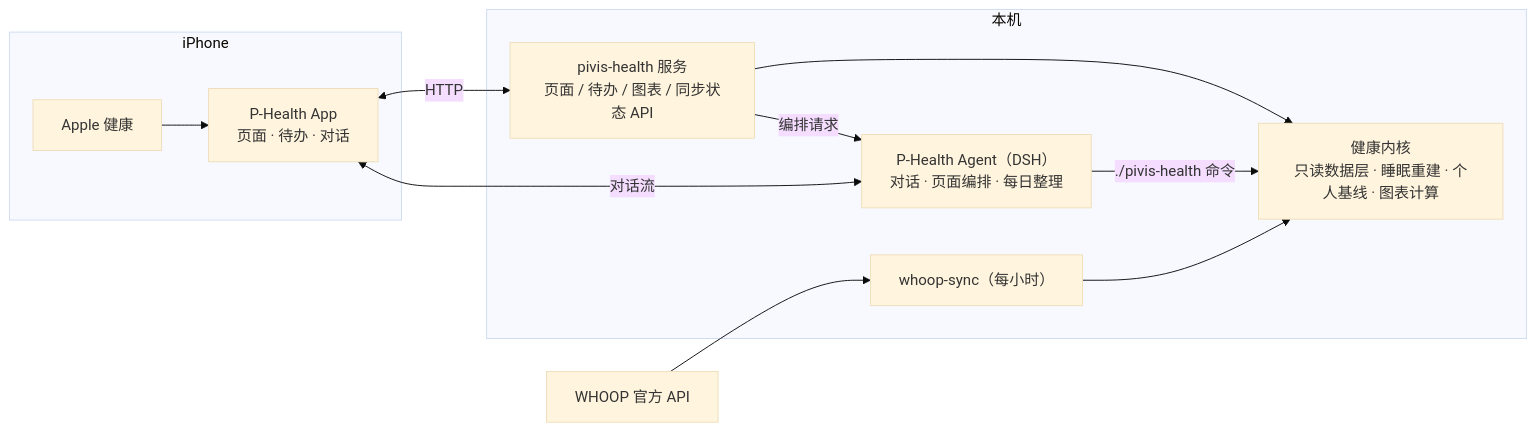
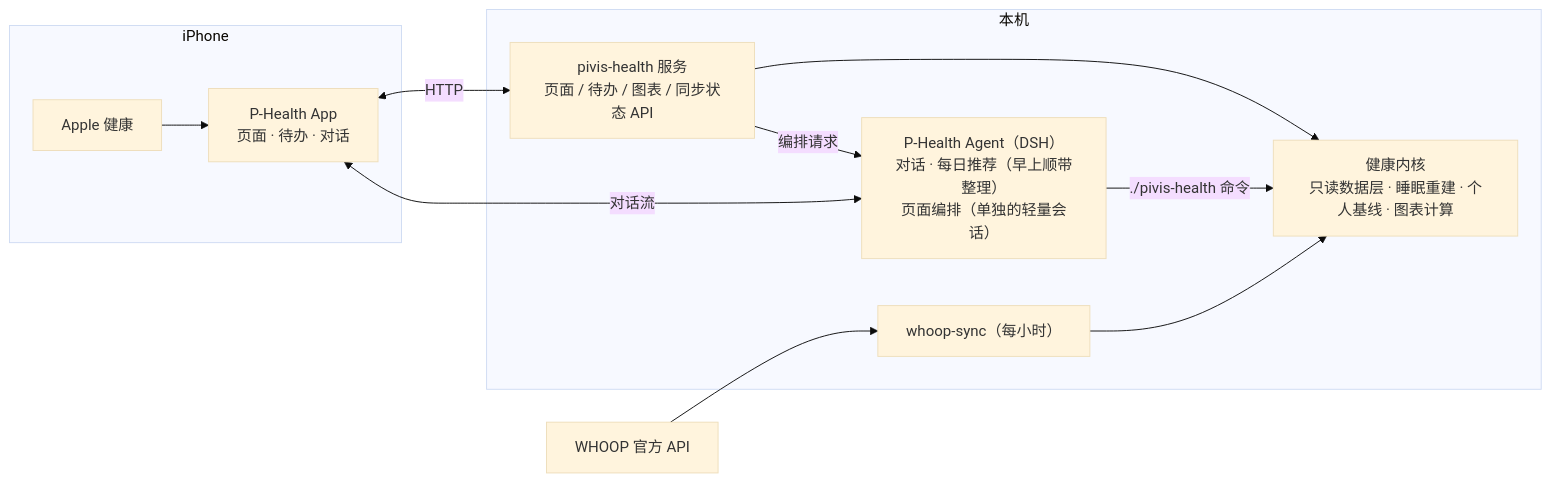
Before and after one commit to PivisYYY/pivis-health: the diagram in README.md, drawn with Mermaid (base theme). The commit also changed 52 other files, not shown here.

````diff
--- a/README.md
+++ b/README.md
@@ -79,21 +79,21 @@
 ```mermaid
 flowchart LR
   subgraph iPhone
     App["P-Health App<br/>页面 · 待办 · 对话"]
     HK["Apple 健康"]
   end
   subgraph Mac["本机"]
     Server["pivis-health 服务<br/>页面 / 待办 / 图表 / 同步状态 API"]
     Kernel["健康内核<br/>只读数据层 · 睡眠重建 · 个人基线 · 图表计算"]
     Sync["whoop-sync（每小时）"]
-    Agent["P-Health Agent（DSH）<br/>对话 · 页面编排 · 每日整理"]
+    Agent["P-Health Agent（DSH）<br/>对话 · 每日推荐（早上顺带整理）<br/>页面编排（单独的轻量会话）"]
   end
   WHOOP["WHOOP 官方 API"]
   HK --> App
   App <-->|HTTP| Server
   App <-->|对话流| Agent
   Server --> Kernel
   Agent -->|./pivis-health 命令| Kernel
   Server -->|编排请求| Agent
   WHOOP --> Sync --> Kernel
 ```
````
